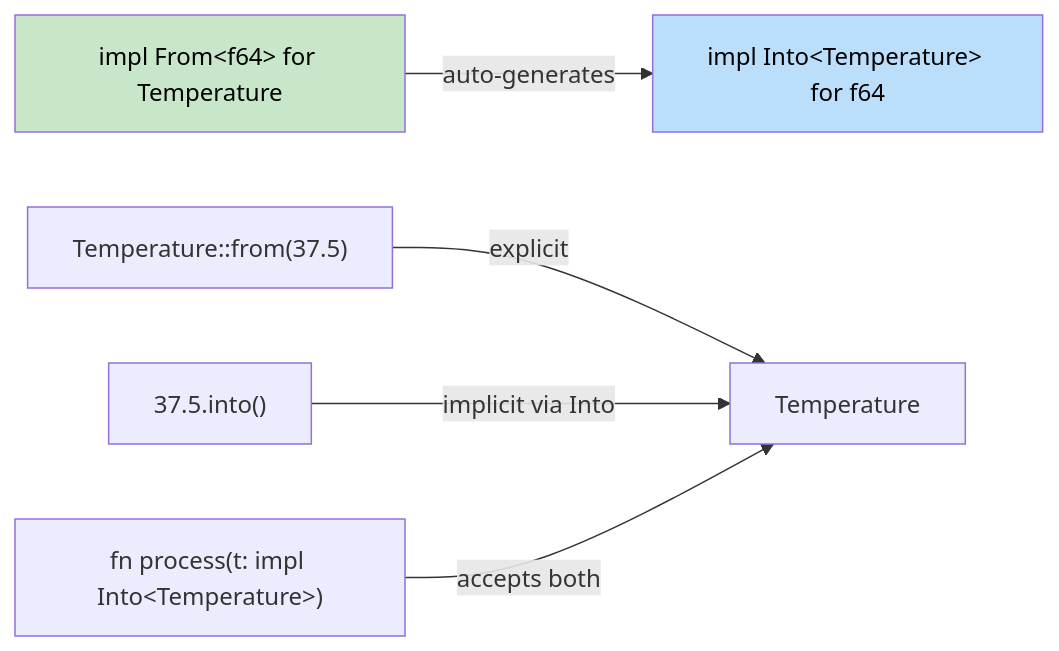
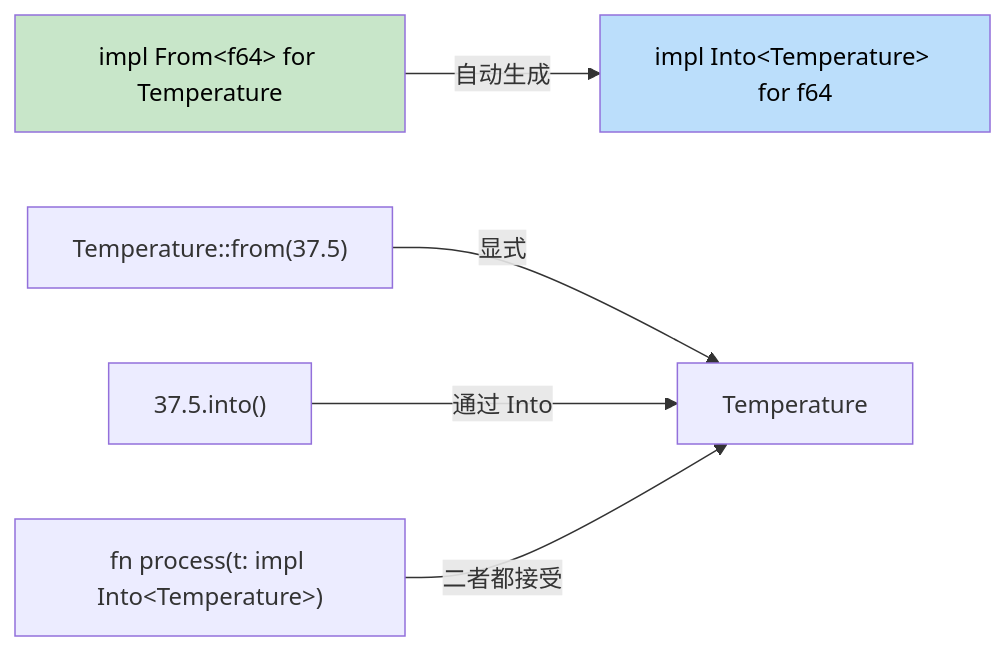
Before and after one commit to xiaofengoop/rust-for-csharp-programmers-zh-cn: the diagram in zh-cn/csharp-book/src/ch11-from-and-into-traits.md, drawn with Mermaid. The commit also changed other lines of this file and 38 other files, not shown here.

````diff
--- a/zh-cn/csharp-book/src/ch11-from-and-into-traits.md
+++ b/zh-cn/csharp-book/src/ch11-from-and-into-traits.md
@@ -67,10 +74,10 @@
 ```mermaid
 graph LR
-    A["impl From&lt;f64&gt; for Temperature"] -->|"auto-generates"| B["impl Into&lt;Temperature&gt; for f64"]
-    C["Temperature::from(37.5)"] -->|"explicit"| D["Temperature"]
-    E["37.5.into()"] -->|"implicit via Into"| D
-    F["fn process(t: impl Into&lt;Temperature&gt;)"] -->|"accepts both"| D
+    A["impl From&lt;f64&gt; for Temperature"] -->|"自动生成"| B["impl Into&lt;Temperature&gt; for f64"]
+    C["Temperature::from(37.5)"] -->|"显式"| D["Temperature"]
+    E["37.5.into()"] -->|"通过 Into"| D
+    F["fn process(t: impl Into&lt;Temperature&gt;)" ] -->|"二者都接受"| D
 
     style A fill:#c8e6c9,color:#000
     style B fill:#bbdefb,color:#000
 ```
````
